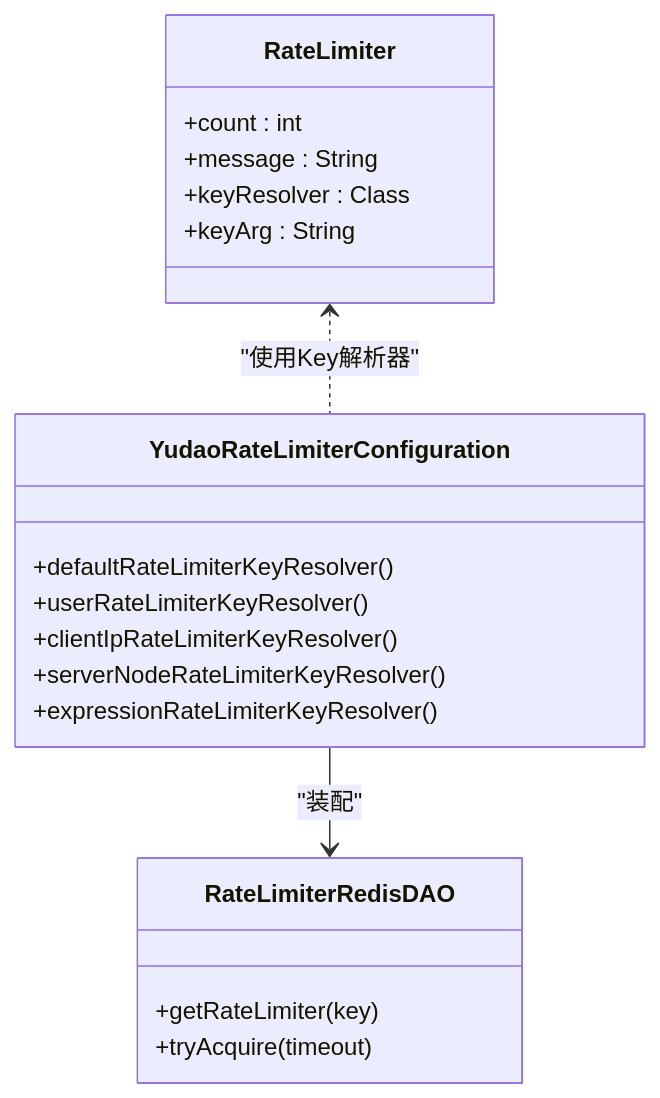
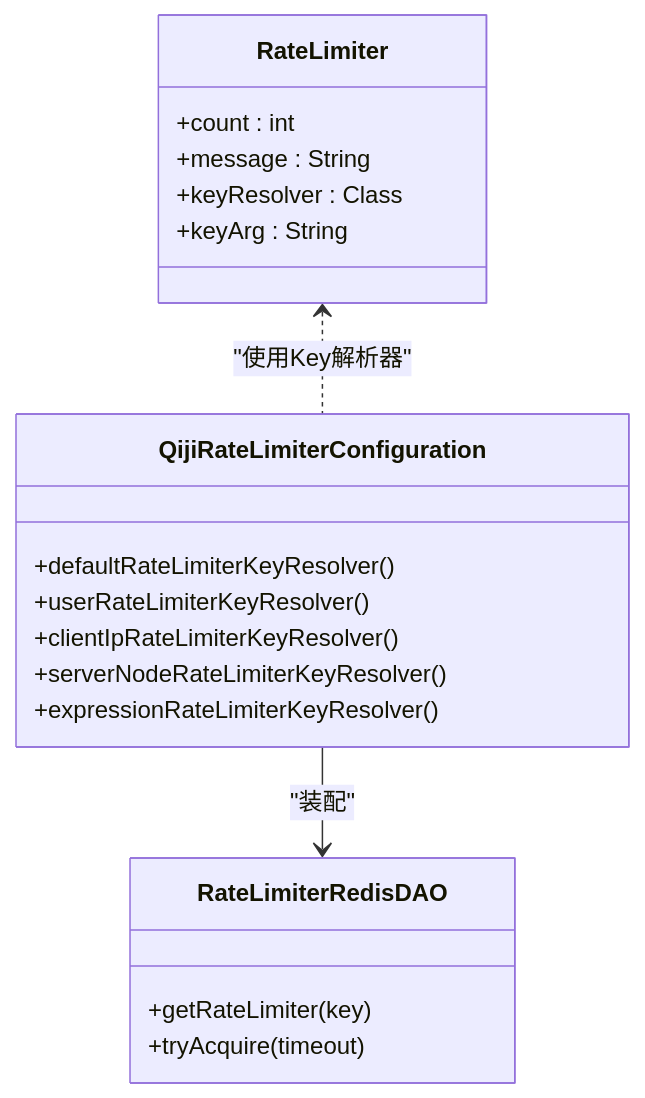
Before and after one commit to zhuangpengLI/AgenticCPS: the fifth of 6 diagrams in backend/.qoder/repowiki/zh/content/安全与权限/API安全防护/API安全防护.md, drawn with Mermaid. The commit also changed other lines of this file and 3489 other files, not shown here.

````diff
--- a/backend/.qoder/repowiki/zh/content/安全与权限/API安全防护/API安全防护.md
+++ b/backend/.qoder/repowiki/zh/content/安全与权限/API安全防护/API安全防护.md
@@ -254,22 +254,22 @@
 ```mermaid
 classDiagram
 class RateLimiter {
 +count : int
 +message : String
 +keyResolver : Class
 +keyArg : String
 }
-class YudaoRateLimiterConfiguration {
+class QijiRateLimiterConfiguration {
 +defaultRateLimiterKeyResolver()
 +userRateLimiterKeyResolver()
 +clientIpRateLimiterKeyResolver()
 +serverNodeRateLimiterKeyResolver()
 +expressionRateLimiterKeyResolver()
 }
 class RateLimiterRedisDAO {
 +getRateLimiter(key)
 +tryAcquire(timeout)
 }
-RateLimiter <.. YudaoRateLimiterConfiguration : "使用Key解析器"
-YudaoRateLimiterConfiguration --> RateLimiterRedisDAO : "装配"
+RateLimiter <.. QijiRateLimiterConfiguration : "使用Key解析器"
+QijiRateLimiterConfiguration --> RateLimiterRedisDAO : "装配"
 ```
````
